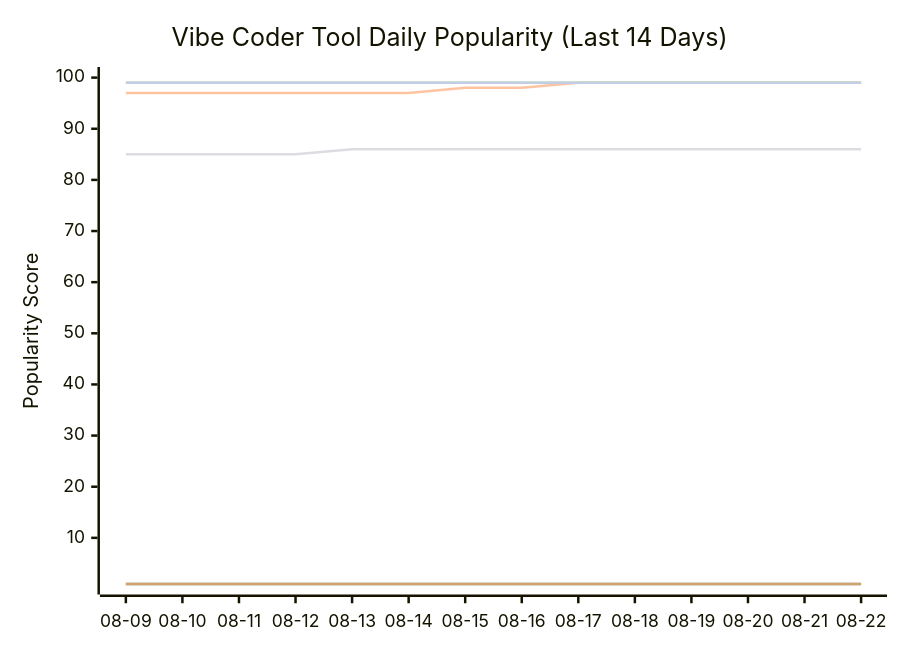
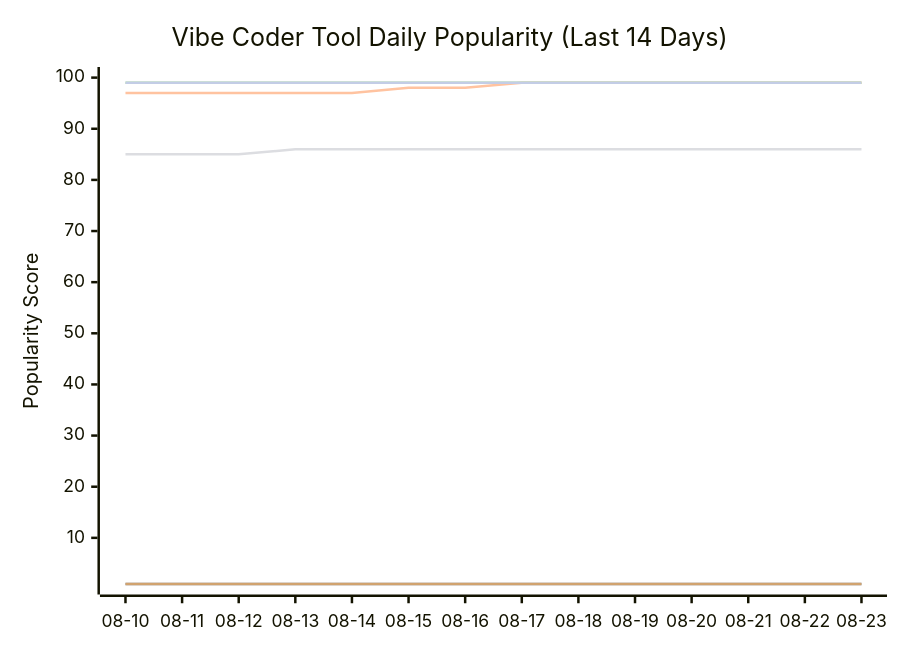
The seventh of 11 diagrams in README.md (tykimos/ai-whatchelin), drawn with Mermaid before and after one commit. The commit also changed other lines of this file and 4 other files, not shown here.

````diff
--- a/README.md
+++ b/README.md
@@ -2318,13 +2318,13 @@
 ```mermaid
 xychart-beta
     title "Vibe Coder Tool Daily Popularity (Last 14 Days)"
-    x-axis ["08-09", "08-10", "08-11", "08-12", "08-13", "08-14", "08-15", "08-16", "08-17", "08-18", "08-19", "08-20", "08-21", "08-22"]
+    x-axis ["08-10", "08-11", "08-12", "08-13", "08-14", "08-15", "08-16", "08-17", "08-18", "08-19", "08-20", "08-21", "08-22", "08-23"]
     y-axis "Popularity Score" 1 --> 100
     line "Claude Code" [99, 99, 99, 99, 99, 99, 99, 99, 99, 99, 99, 99, 99, 99]
     line "GH Copilot" [1, 1, 1, 1, 1, 1, 1, 1, 1, 1, 1, 1, 1, 1]
-    line "Cursor" [97, 97, 97, 97, 97, 97, 98, 98, 99, 99, 99, 99, 99, 99]
-    line "Windsurf" [85, 85, 85, 85, 86, 86, 86, 86, 86, 86, 86, 86, 86, 86]
+    line "Cursor" [97, 97, 97, 97, 97, 98, 98, 99, 99, 99, 99, 99, 99, 99]
+    line "Windsurf" [85, 85, 85, 86, 86, 86, 86, 86, 86, 86, 86, 86, 86, 86]
     line "Codex CLI" [99, 99, 99, 99, 99, 99, 99, 99, 99, 99, 99, 99, 99, 99]
     line "Gemini CLI" [1, 1, 1, 1, 1, 1, 1, 1, 1, 1, 1, 1, 1, 1]
     line "Antigravity" [99, 99, 99, 99, 99, 99, 99, 99, 99, 99, 99, 99, 99, 99]
 ```
````
